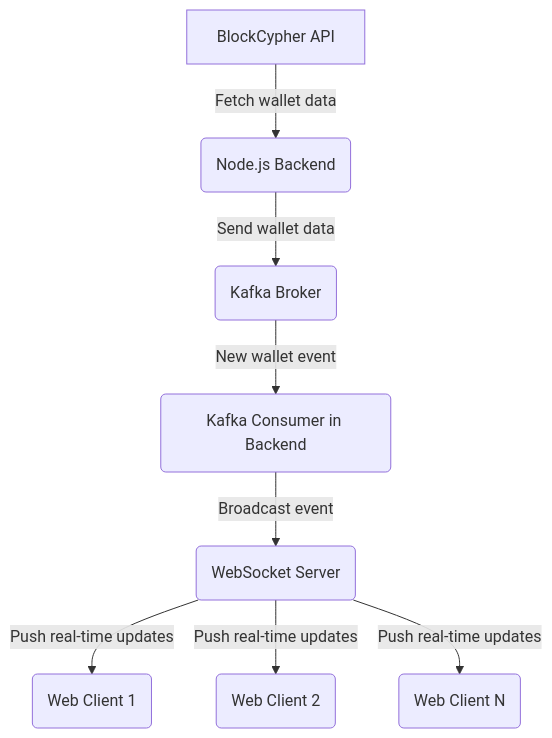
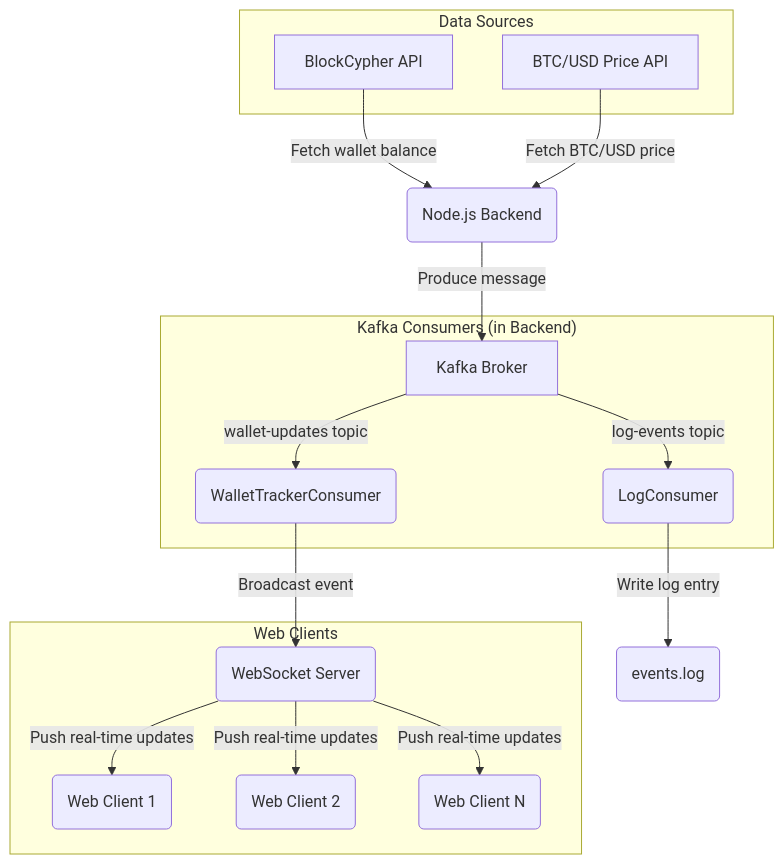
One commit to idanDayani/realtime-bitcoin-wallet-tracker-server changed the diagram in README.md. Above: the diagram before and after it, drawn with Mermaid. The commit also changed other lines of this file, not shown here.

Commit message:
Update README.md to enhance data flow diagram, clarify project demonstration, and replace video link with GIF

````diff
--- a/README.md
+++ b/README.md
@@ -15,10 +15,28 @@
 ```mermaid
 graph TD
-    A[BlockCypher API] -->|Fetch wallet data| B(Node.js Backend)
-    B -->|Send wallet data| C(Kafka Broker)
-    C -->|New wallet event| D(Kafka Consumer in Backend)
-    D -->|Broadcast event| E(WebSocket Server)
-    E -->|Push real-time updates| F(Web Client 1)
-    E -->|Push real-time updates| G(Web Client 2)
-    E -->|Push real-time updates| H(Web Client N)
+    subgraph "Data Sources"
+        A[BlockCypher API]
+        P[BTC/USD Price API]
+    end
+
+    B(Node.js Backend)
+
+    A -- "Fetch wallet balance" --> B
+    P -- "Fetch BTC/USD price" --> B
+
+    B -- "Produce message" --> K[Kafka Broker]
+
+    subgraph "Kafka Consumers (in Backend)"
+        K -->|wallet-updates topic| WC(WalletTrackerConsumer)
+        K -->|log-events topic| LC(LogConsumer)
+    end
+
+    WC -- "Broadcast event" --> WS(WebSocket Server)
+    LC -- "Write log entry" --> LF(events.log)
+
+    subgraph "Web Clients"
+        WS -- "Push real-time updates" --> C1(Web Client 1)
+        WS -- "Push real-time updates" --> C2(Web Client 2)
+        WS -- "Push real-time updates" --> CN(Web Client N)
+    end
 ```
````
